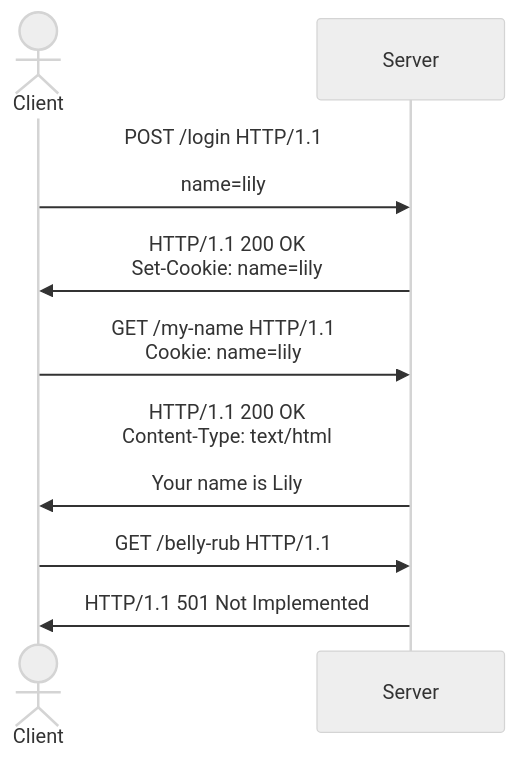
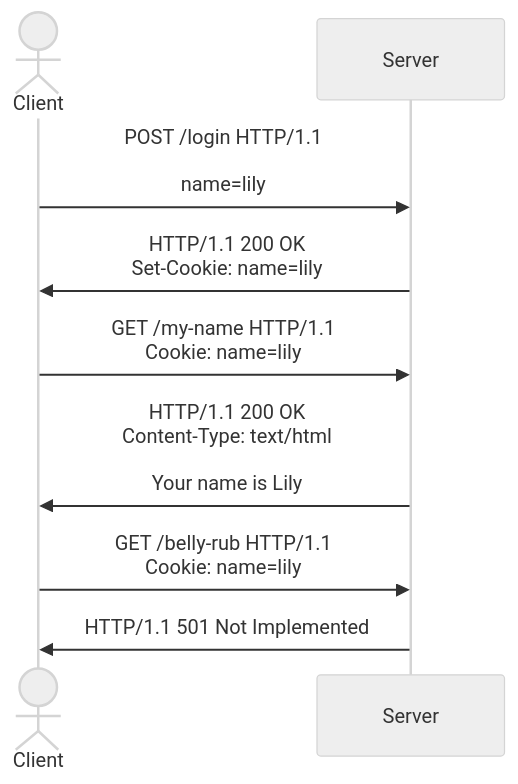
Before and after one commit to ECAM-Brussels/e-cam: the fourth of 5 diagrams in content/AW4C/slides/01-introduction.md, drawn with Mermaid (neutral theme).

Commit message:
content(aw4c): add missing cookie header

````diff
--- a/content/AW4C/slides/01-introduction.md
+++ b/content/AW4C/slides/01-introduction.md
@@ -303,11 +303,11 @@
 ```mermaid
 sequenceDiagram
   actor client as Client
   participant server as Server
   client ->> server: POST /login HTTP/1.1<br><br>name=lily
   server ->> client: HTTP/1.1 200 OK<br>Set-Cookie: name=lily
   client ->> server: GET /my-name HTTP/1.1<br>Cookie: name=lily
   server ->> client: HTTP/1.1 200 OK<br>Content-Type: text/html<br><br>Your name is Lily
-  client ->> server: GET /belly-rub HTTP/1.1
+  client ->> server: GET /belly-rub HTTP/1.1<br>Cookie: name=lily
   server ->> client: HTTP/1.1 501 Not Implemented
 ```
````
